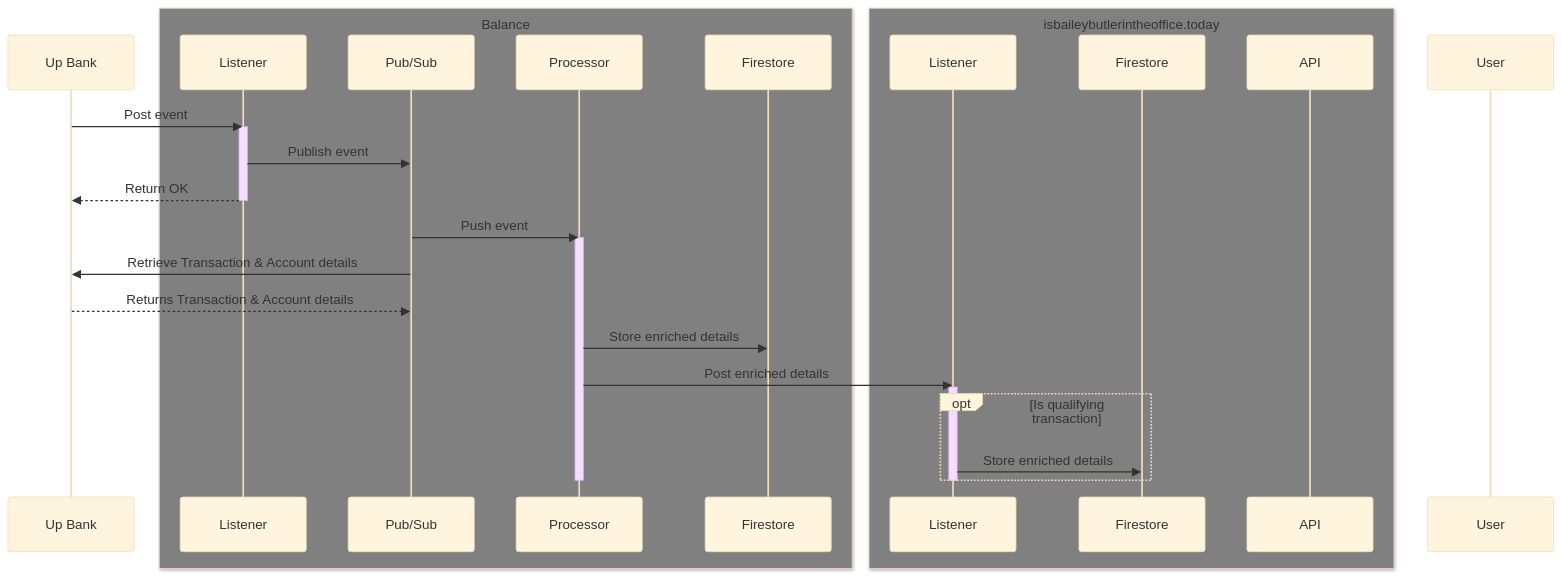
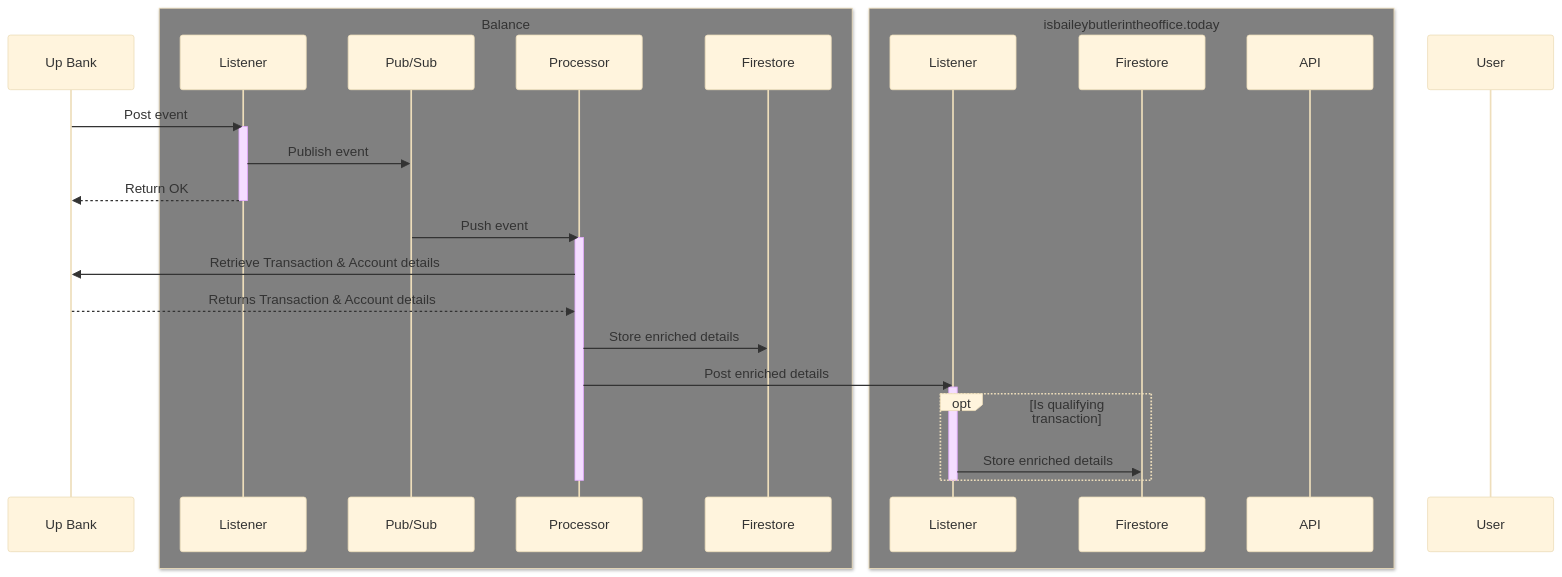
Before and after one commit to baely/ibbitot: the first of 2 diagrams in README.md, drawn with Mermaid (base theme).

````diff
--- a/README.md
+++ b/README.md
@@ -20,34 +20,34 @@
 ```mermaid
 sequenceDiagram
     participant Up as Up Bank
     box gray Balance
     participant BalanceIn as Listener
     participant BalancePS as Pub/Sub
     participant BalanceDo as Processor
     participant BalanceDB as Firestore
     end
     box gray isbaileybutlerintheoffice.today
     participant OfficerIn as Listener
     participant OfficerDB as Firestore
     participant OfficerAPI as API
     end
     participant User
 
     Up ->> BalanceIn: Post event
     activate BalanceIn
     BalanceIn ->> BalancePS: Publish event
     BalanceIn -->> Up: Return OK
     deactivate BalanceIn
     BalancePS ->> BalanceDo: Push event
     activate BalanceDo
-    BalancePS ->> Up: Retrieve Transaction & Account details
-    Up -->> BalancePS: Returns Transaction & Account details
+    BalanceDo ->> Up: Retrieve Transaction & Account details
+    Up -->> BalanceDo: Returns Transaction & Account details
     BalanceDo ->> BalanceDB: Store enriched details
     BalanceDo ->> OfficerIn: Post enriched details
     activate OfficerIn
     opt Is qualifying transaction
     OfficerIn ->> OfficerDB: Store enriched details
     end
     deactivate OfficerIn
     deactivate BalanceDo
 ```
````
